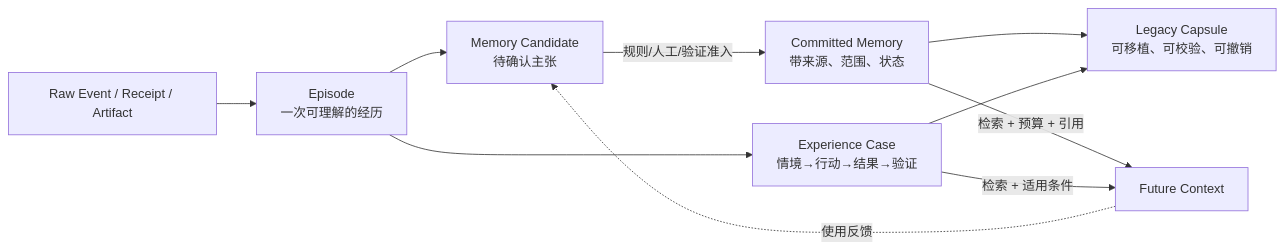
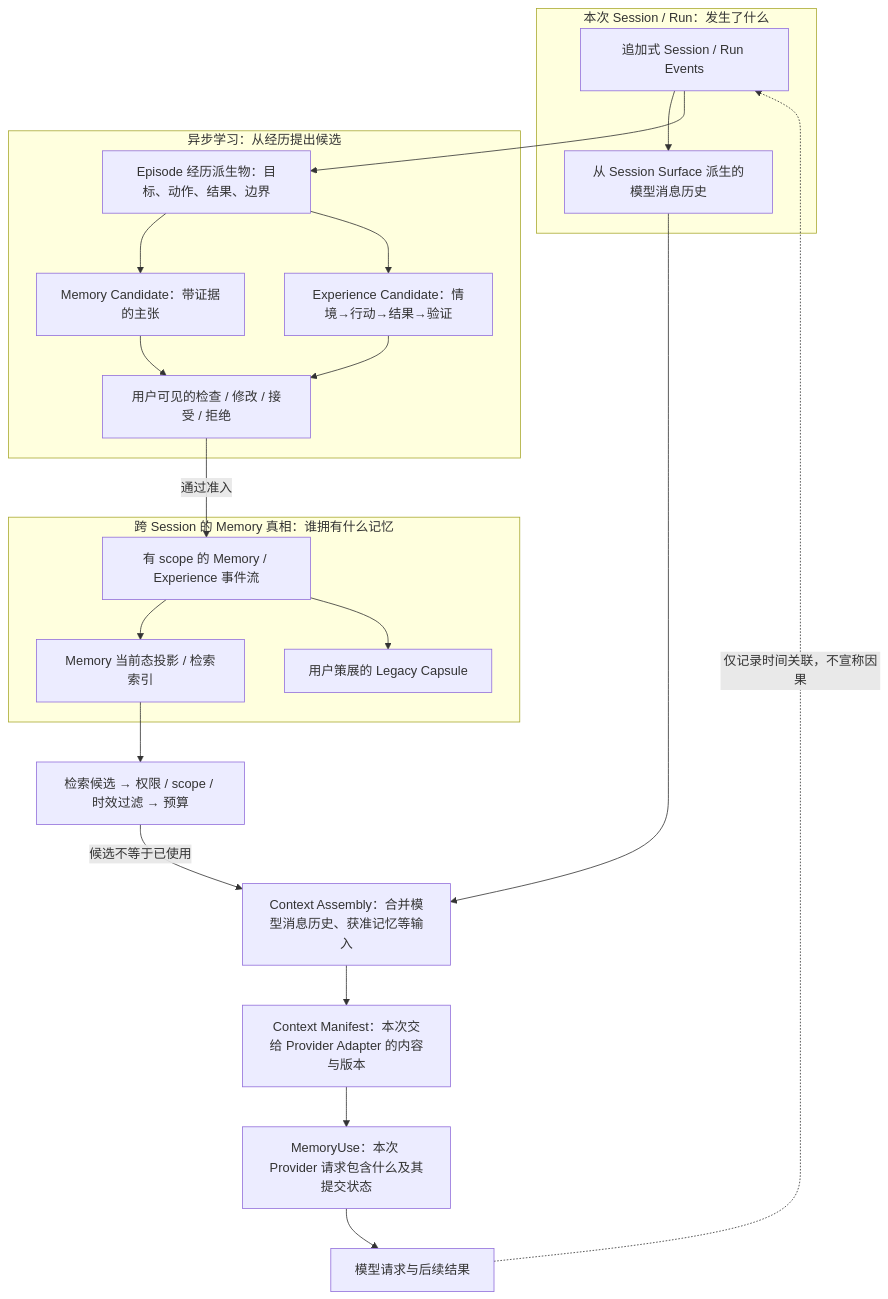
The second of 2 diagrams in docs/outlive-agent-v2.md (Cainheart/tracegraph-agent), drawn with Mermaid before and after one commit. The commit also changed other lines of this file and 35 other files, not shown here.

First line of the commit message:
docs(architecture): 以 Agent Runtime 与 Session/Evidence 取代三平面模型

````diff
--- a/docs/outlive-agent-v2.md
+++ b/docs/outlive-agent-v2.md
@@ -193,19 +241,43 @@
 ```mermaid
-flowchart LR
-  E[Raw Event / Receipt / Artifact]
-  EP[Episode<br/>一次可理解的经历]
-  C[Memory Candidate<br/>待确认主张]
-  M[Committed Memory<br/>带来源、范围、状态]
-  X[Experience Case<br/>情境→行动→结果→验证]
-  L[Legacy Capsule<br/>可移植、可校验、可撤销]
-  CTX[Future Context]
+flowchart TB
+  subgraph RunTruth[本次 Session / Run：发生了什么]
+    SE[追加式 Session / Run Events]
+    MH[从 Session Surface 派生的模型消息历史]
+    SE --> MH
+  end
 
-  E --> EP --> C
-  C -->|规则/人工/验证准入| M
-  EP --> X
-  M --> L
-  X --> L
-  M -->|检索 + 预算 + 引用| CTX
-  X -->|检索 + 适用条件| CTX
-  CTX -.使用反馈.-> C
+  subgraph Learning[异步学习：从经历提出候选]
+    EP[Episode 经历派生物：目标、动作、结果、边界]
+    MC[Memory Candidate：带证据的主张]
+    XC[Experience Candidate：情境→行动→结果→验证]
+    Review[用户可见的检查 / 修改 / 接受 / 拒绝]
+    EP --> MC
+    EP --> XC
+    MC --> Review
+    XC --> Review
+  end
+
+  subgraph MemoryTruth[跨 Session 的 Memory 真相：谁拥有什么记忆]
+    MS[有 scope 的 Memory / Experience 事件流]
+    MP[Memory 当前态投影 / 检索索引]
+    Capsule[用户策展的 Legacy Capsule]
+    MS --> MP
+    MS --> Capsule
+  end
+
+  Retrieve[检索候选 → 权限 / scope / 时效过滤 → 预算]
+  CA[Context Assembly：合并模型消息历史、获准记忆等输入]
+  CM[Context Manifest：本次交给 Provider Adapter 的内容与版本]
+  Use[MemoryUse：本次 Provider 请求包含什么及其提交状态]
+  Model[模型请求与后续结果]
+
+  SE --> EP
+  Review -->|通过准入| MS
+  MP --> Retrieve
+  MH --> CA
+  Retrieve -->|候选不等于已使用| CA
+  CA --> CM
+  CM --> Use
+  Use --> Model
+  Model -.仅记录时间关联，不宣称因果.-> SE
 ```
````
